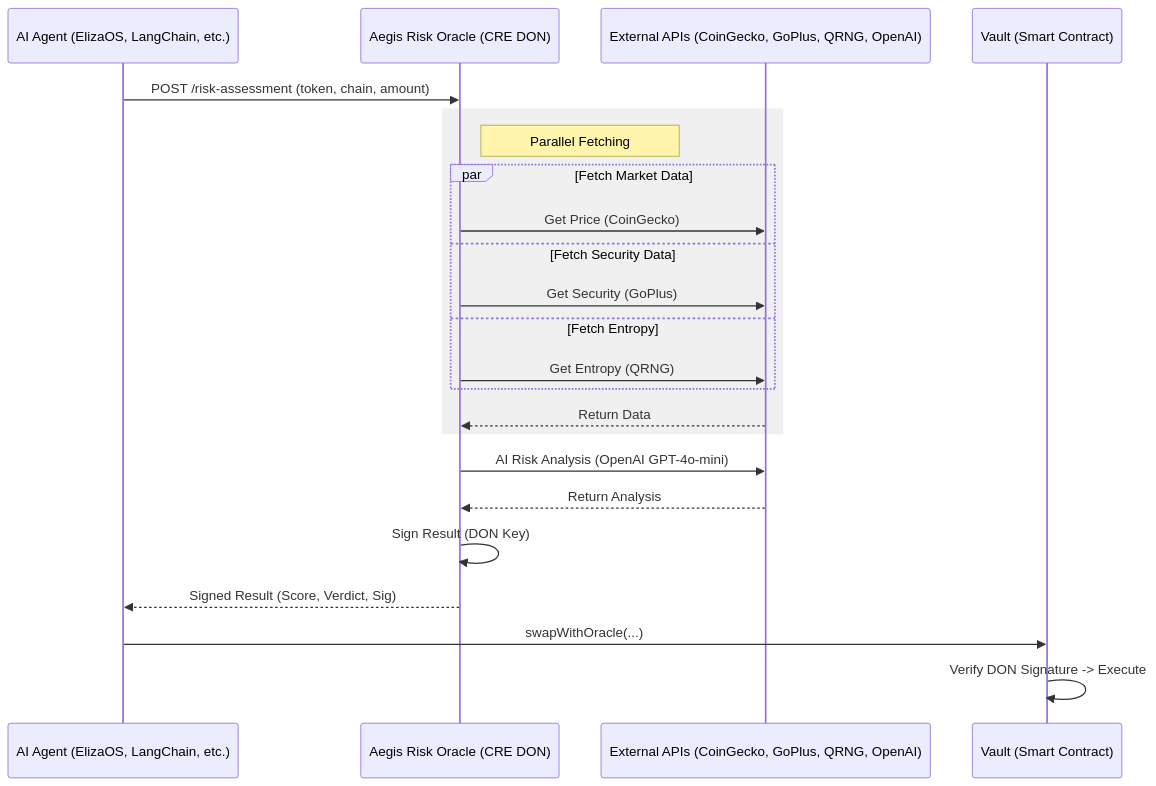
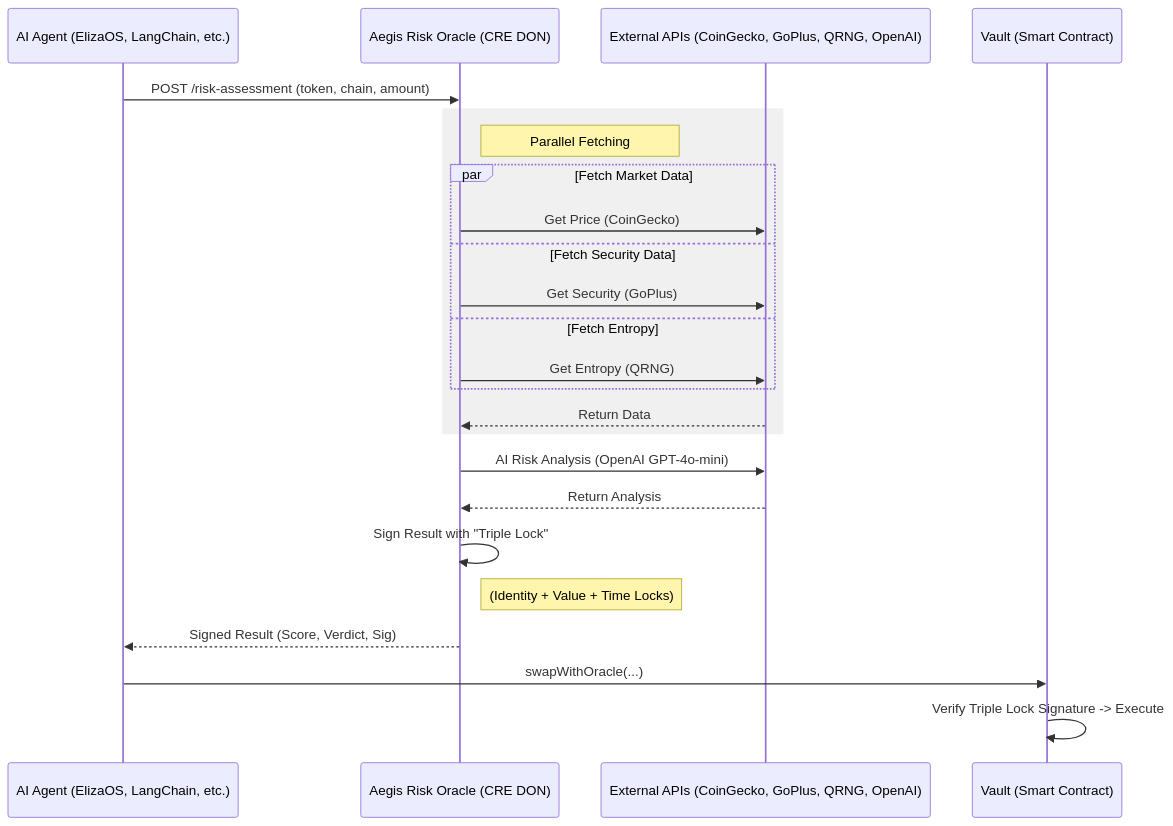
Before and after one commit to vjb/aegis-risk-oracle: the second of 2 diagrams in README.md, drawn with Mermaid. The commit also changed other lines of this file and 5 other files, not shown here.

````diff
--- a/README.md
+++ b/README.md
@@ -94,30 +94,31 @@
 ```mermaid
 sequenceDiagram
     participant Agent as AI Agent (ElizaOS, LangChain, etc.)
     participant Oracle as Aegis Risk Oracle (CRE DON)
     participant APIs as External APIs (CoinGecko, GoPlus, QRNG, OpenAI)
     participant Vault as Vault (Smart Contract)
 
     Agent->>Oracle: POST /risk-assessment (token, chain, amount)
     
     rect rgb(240, 240, 240)
     note right of Oracle: Parallel Fetching
     par Fetch Market Data
         Oracle->>APIs: Get Price (CoinGecko)
     and Fetch Security Data
         Oracle->>APIs: Get Security (GoPlus)
     and Fetch Entropy
         Oracle->>APIs: Get Entropy (QRNG)
     end
     APIs-->>Oracle: Return Data
     end
 
     Oracle->>APIs: AI Risk Analysis (OpenAI GPT-4o-mini)
     APIs-->>Oracle: Return Analysis
     
-    Oracle->>Oracle: Sign Result (DON Key)
+    Oracle->>Oracle: Sign Result with "Triple Lock"
+    Note right of Oracle: (Identity + Value + Time Locks)
     Oracle-->>Agent: Signed Result (Score, Verdict, Sig)
     
     Agent->>Vault: swapWithOracle(...)
-    Vault->>Vault: Verify DON Signature -> Execute
+    Vault->>Vault: Verify Triple Lock Signature -> Execute
 ```
````
